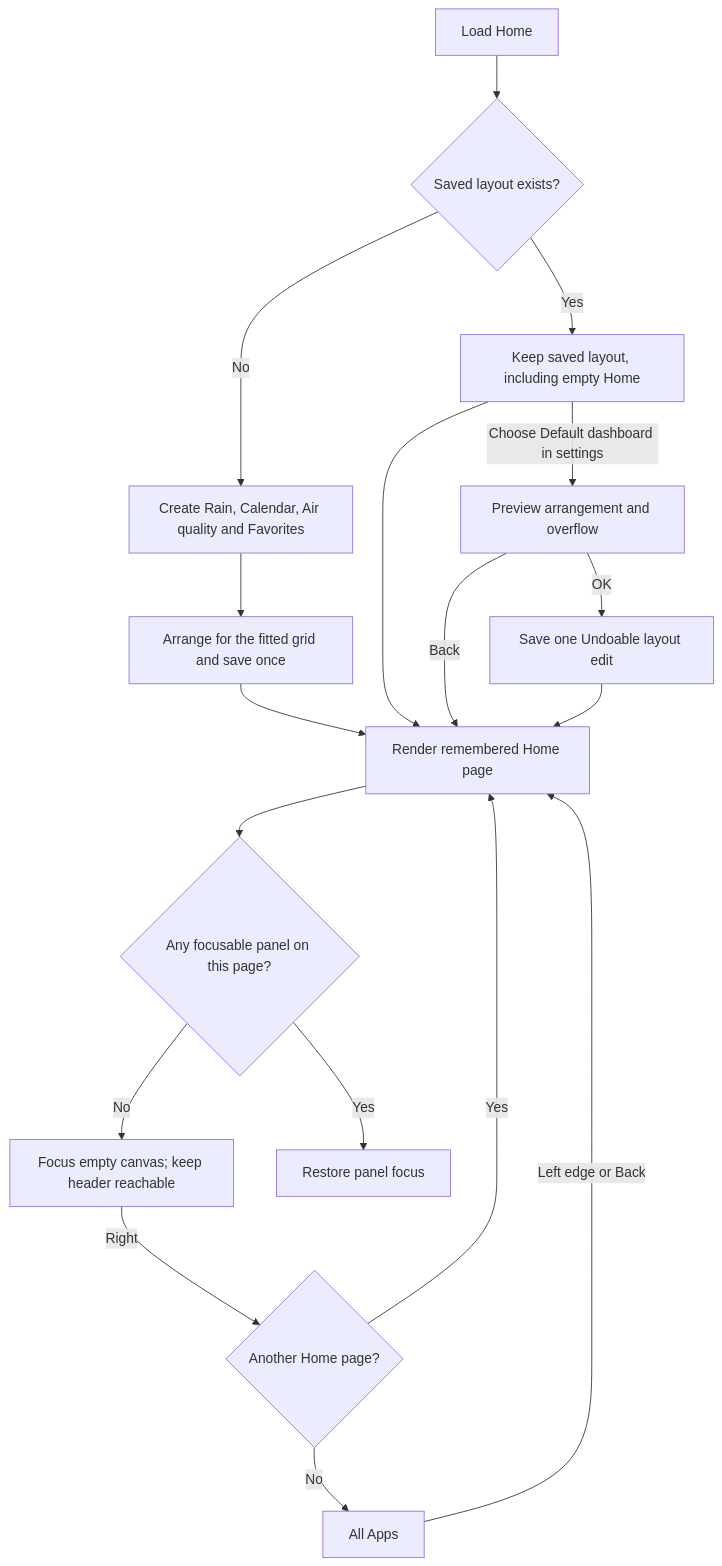
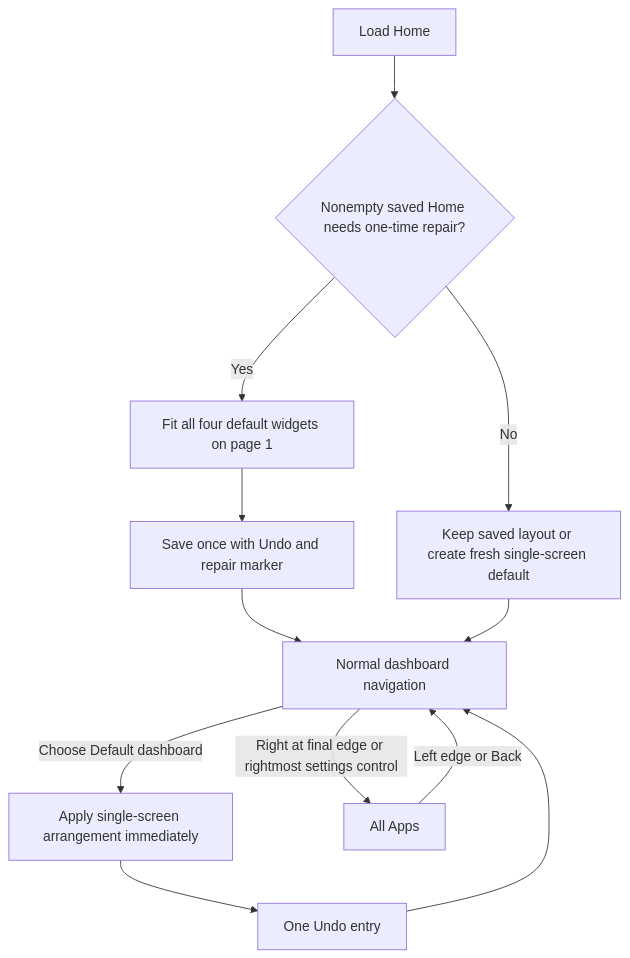
The diagram in docs/plans/2026-11-17-default-dashboard-and-empty-page-navigation.md (wbniv/homeboard-tv), drawn with Mermaid before and after one commit. The commit also changed other lines of this file and 21 other files, not shown here.

First line of the commit message:
Keep the default dashboard on one screen and remove its preview trap

````diff
--- a/docs/plans/2026-11-17-default-dashboard-and-empty-page-navigation.md
+++ b/docs/plans/2026-11-17-default-dashboard-and-empty-page-navigation.md
@@ -134,20 +75,14 @@
 ```mermaid
 flowchart TD
-    A[Load Home] --> B{Saved layout exists?}
-    B -->|No| C[Create Rain, Calendar, Air quality and Favorites]
-    C --> D[Arrange for the fitted grid and save once]
-    B -->|Yes| E[Keep saved layout, including empty Home]
-    D --> F[Render remembered Home page]
+    A[Load Home] --> B{Nonempty saved Home needs one-time repair?}
+    B -->|Yes| C[Fit all four default widgets on page 1]
+    C --> D[Save once with Undo and repair marker]
+    B -->|No| E[Keep saved layout or create fresh single-screen default]
+    D --> F[Normal dashboard navigation]
     E --> F
-    F --> G{Any focusable panel on this page?}
-    G -->|No| H[Focus empty canvas; keep header reachable]
-    G -->|Yes| I[Restore panel focus]
-    H -->|Right| J{Another Home page?}
-    J -->|Yes| F
-    J -->|No| K[All Apps]
-    K -->|Left edge or Back| F
-    E -->|Choose Default dashboard in settings| L[Preview arrangement and overflow]
-    L -->|OK| M[Save one Undoable layout edit]
-    L -->|Back| F
-    M --> F
+    F -->|Choose Default dashboard| G[Apply single-screen arrangement immediately]
+    G --> H[One Undo entry]
+    H --> F
+    F -->|Right at final edge or rightmost settings control| I[All Apps]
+    I -->|Left edge or Back| F
 ```
````
